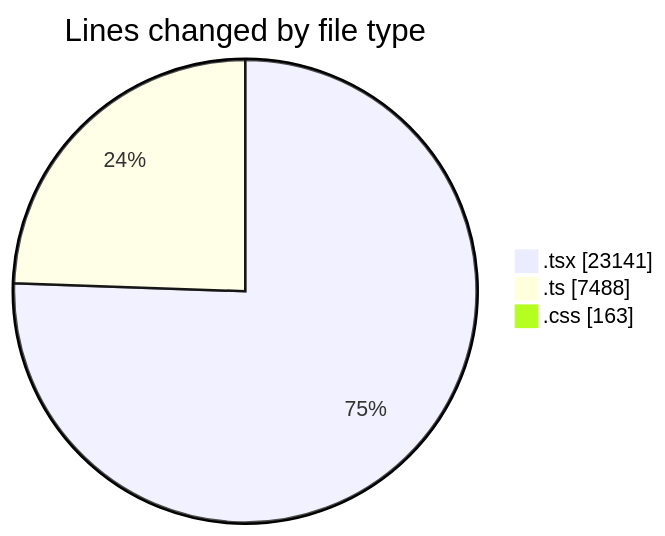
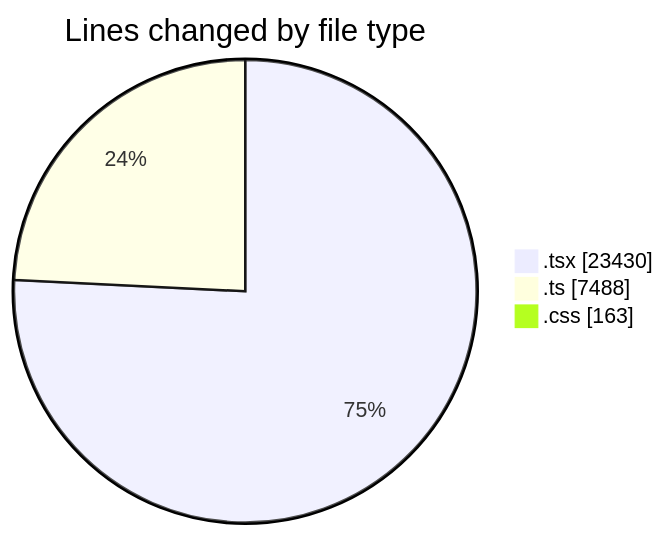
The first of 2 diagrams in 2026-08-23/nxtqube_webapp/README.md (nxtqubesakshisongat/code-tracking), drawn with Mermaid before and after one commit. The commit also changed other lines of this file and 1 other file, not shown here.

````diff
--- a/2026-08-23/nxtqube_webapp/README.md
+++ b/2026-08-23/nxtqube_webapp/README.md
@@ -74,7 +75,7 @@
 ```mermaid
 pie showData
 title Lines changed by file type
-".tsx" : 23141
+".tsx" : 23430
 ".ts" : 7488
 ".css" : 163
 ```
````
